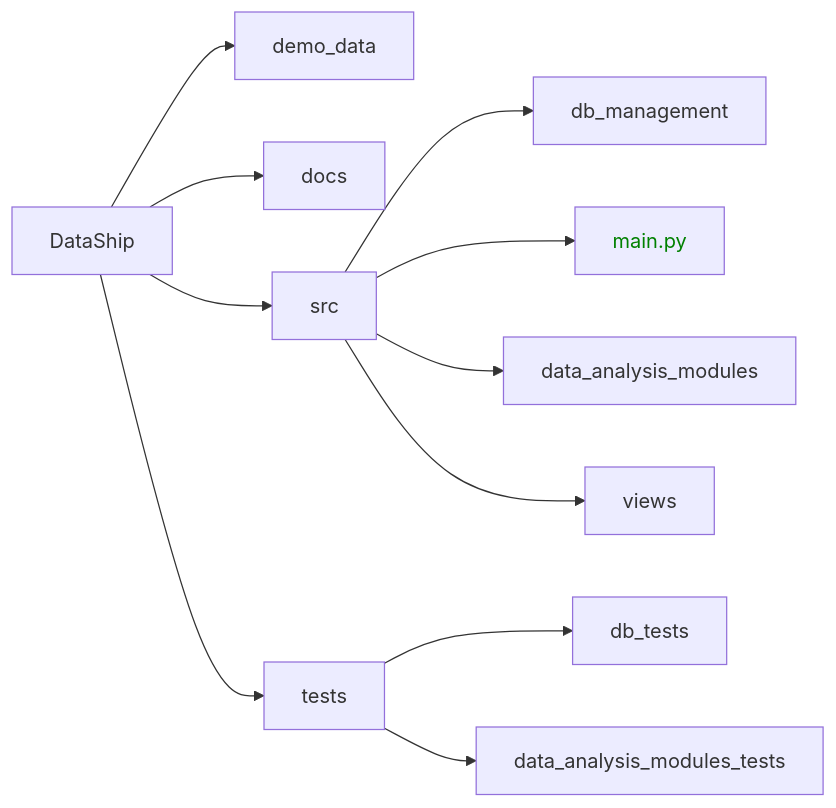
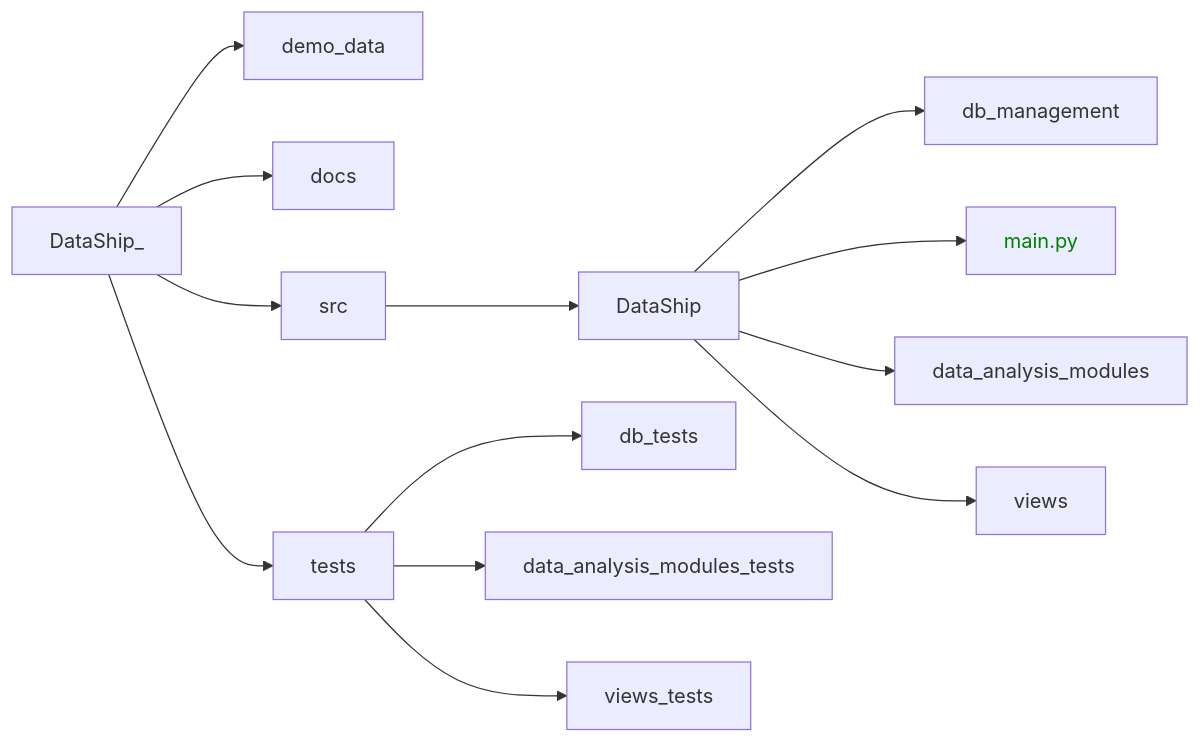
The diagram in README.md (AgustinZavalaA/DataShip), drawn with Mermaid before and after one commit. The commit also changed other lines of this file and 9 other files, not shown here.

````diff
--- a/README.md
+++ b/README.md
@@ -10,18 +10,20 @@
 ```mermaid
 graph LR;
-DataShip --> demo_data
+DataShip_ --> demo_data
 
-DataShip --> docs
+DataShip_ --> docs
 
-DataShip --> src
-src --> db_management
-src --> main.py
-src --> data_analysis_modules
-src --> views
+DataShip_ --> src
+src --> DataShip
+DataShip --> db_management
+DataShip --> main.py
+DataShip --> data_analysis_modules
+DataShip --> views
 
-DataShip--> tests
+DataShip_ --> tests
 tests --> db_tests
 tests --> data_analysis_modules_tests
+tests --> views_tests
 
 style main.py color:green;
 ```
````
